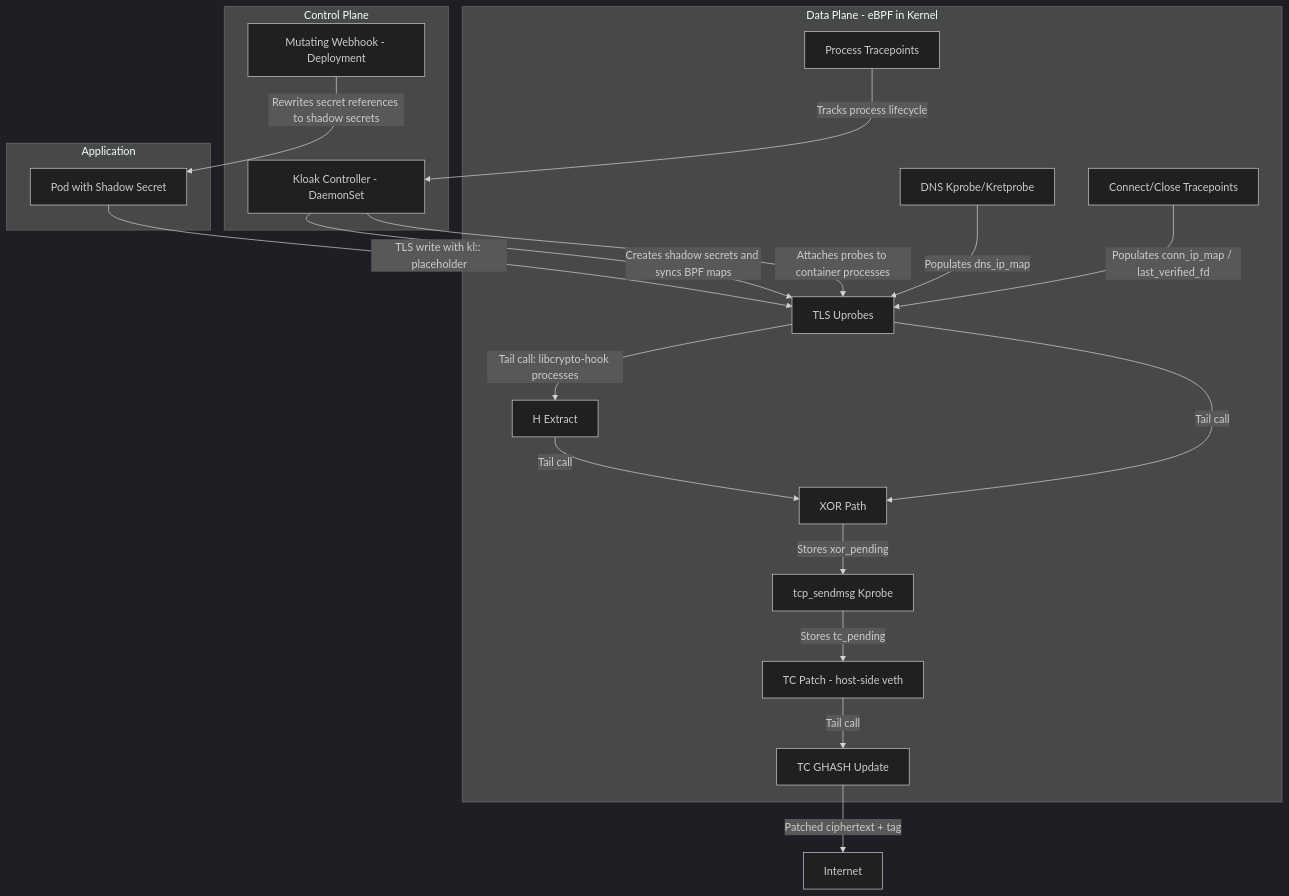
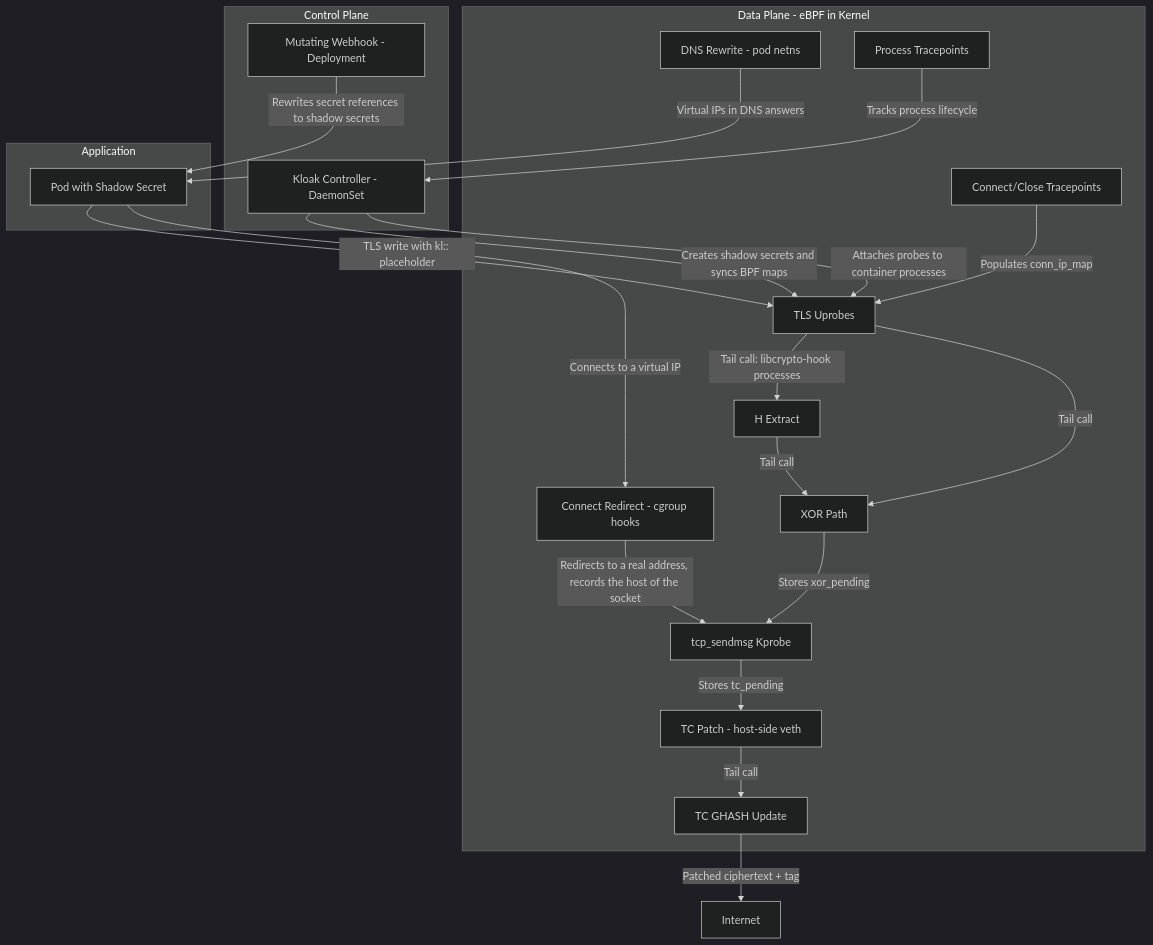
One commit to spinningfactory/kloak changed the first of 2 diagrams in README.md. Above: the diagram before and after it, drawn with Mermaid (dark theme). The commit also changed other lines of this file and 13 other files, not shown here.

````diff
--- a/README.md
+++ b/README.md
@@ -84,38 +94,41 @@
 ```mermaid
 graph TD
     subgraph Control_Plane [Control Plane]
         C[Kloak Controller - DaemonSet]
         W[Mutating Webhook - Deployment]
     end
 
     subgraph Data_Plane [Data Plane - eBPF in Kernel]
         UP[TLS Uprobes]
         HX[H Extract]
         XOR[XOR Path]
-        KP[DNS Kprobe/Kretprobe]
+        DNSR[DNS Rewrite - pod netns]
+        CG[Connect Redirect - cgroup hooks]
         TP[Connect/Close Tracepoints]
         PROC[Process Tracepoints]
         TCP[tcp_sendmsg Kprobe]
         TC[TC Patch - host-side veth]
         GHASH[TC GHASH Update]
     end
 
     subgraph App [Application]
         P[Pod with Shadow Secret]
     end
 
     C -->|Creates shadow secrets and syncs BPF maps| UP
     C -->|Attaches probes to container processes| UP
     W -->|Rewrites secret references to shadow secrets| P
     P -->|TLS write with kl:: placeholder| UP
     UP -->|Tail call: libcrypto-hook processes| HX
     UP -->|Tail call| XOR
     HX -->|Tail call| XOR
     XOR -->|Stores xor_pending| TCP
     TCP -->|Stores tc_pending| TC
     TC -->|Tail call| GHASH
     GHASH -->|Patched ciphertext + tag| Internet
-    KP -->|Populates dns_ip_map| UP
-    TP -->|Populates conn_ip_map / last_verified_fd| UP
+    DNSR -->|Virtual IPs in DNS answers| P
+    P -->|Connects to a virtual IP| CG
+    CG -->|Redirects to a real address, records the host of the socket| TCP
+    TP -->|Populates conn_ip_map| UP
     PROC -->|Tracks process lifecycle| C
 ```
````
